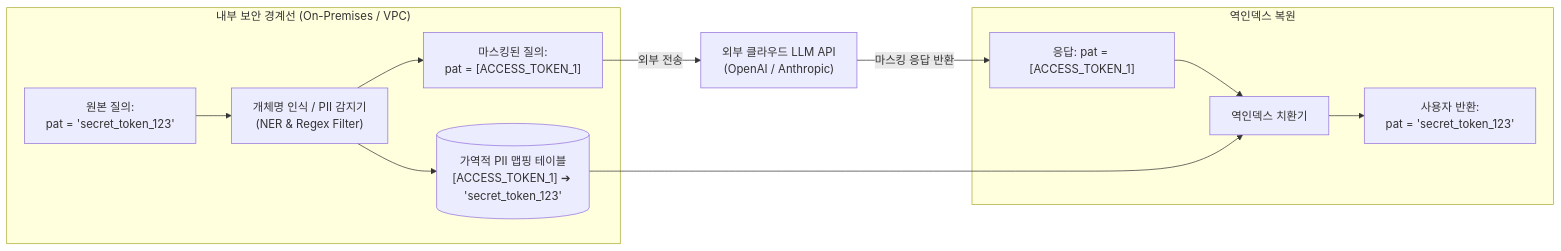
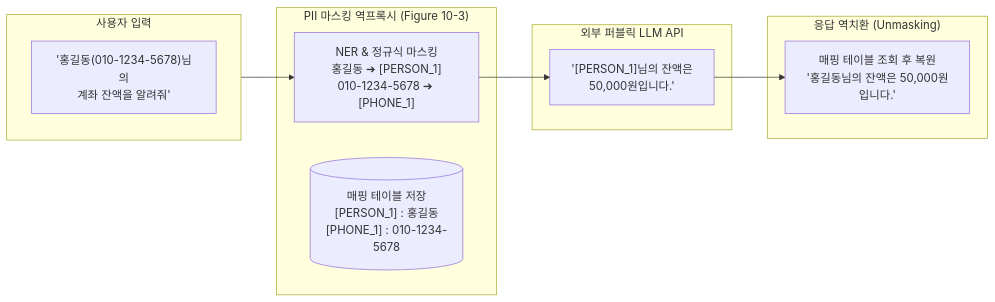
The second of 3 diagrams in chapter-qa/ch10-architecture-and-feedback-qa/01-enterprise-ai-application-architecture.md (sing-u8/AI-Engineering), drawn with Mermaid before and after one commit. The commit also changed other lines of this file and 11 other files, not shown here.

````diff
--- a/chapter-qa/ch10-architecture-and-feedback-qa/01-enterprise-ai-application-architecture.md
+++ b/chapter-qa/ch10-architecture-and-feedback-qa/01-enterprise-ai-application-architecture.md
@@ -58,17 +96,21 @@
 ```mermaid
 flowchart LR
-    subgraph Client["내부 보안 경계선 (On-Premises / VPC)"]
-        Raw["원본 질의:\npat = 'secret_token_123'"] --> Regex["개체명 인식 / PII 감지기\n(NER & Regex Filter)"]
-        Regex --> Map[("가역적 PII 맵핑 테이블\n[ACCESS_TOKEN_1] ➔ 'secret_token_123'")]
-        Regex --> Masked["마스킹된 질의:\npat = [ACCESS_TOKEN_1]"]
+    subgraph ClientReq["사용자 입력"]
+        Q["'홍길동(010-1234-5678)님의\n계좌 잔액을 알려줘'"]
     end
 
-    Masked -->|외부 전송| LLM["외부 클라우드 LLM API\n(OpenAI / Anthropic)"]
-    LLM -->|마스킹 응답 반환| Res["응답: pat = [ACCESS_TOKEN_1]"]
-    
-    subgraph Restore["역인덱스 복원"]
-        Res --> Unmask["역인덱스 치환기"]
-        Map --> Unmask
-        Unmask --> Final["사용자 반환:\npat = 'secret_token_123'"]
+    subgraph Proxy["PII 마스킹 역프록시 (Figure 10-3)"]
+        Mask["NER & 정규식 마스킹\n홍길동 ➔ [PERSON_1]\n010-1234-5678 ➔ [PHONE_1]"]
+        Table[("매핑 테이블 저장\n[PERSON_1] : 홍길동\n[PHONE_1] : 010-1234-5678")]
     end
+
+    subgraph LLM_Call["외부 퍼블릭 LLM API"]
+        Model["'[PERSON_1]님의 잔액은\n50,000원입니다.'"]
+    end
+
+    subgraph Restore["응답 역치환 (Unmasking)"]
+        Unmask["매핑 테이블 조회 후 복원\n'홍길동님의 잔액은 50,000원입니다.'"]
+    end
+
+    ClientReq --> Mask --> Model --> Unmask
 ```
````
